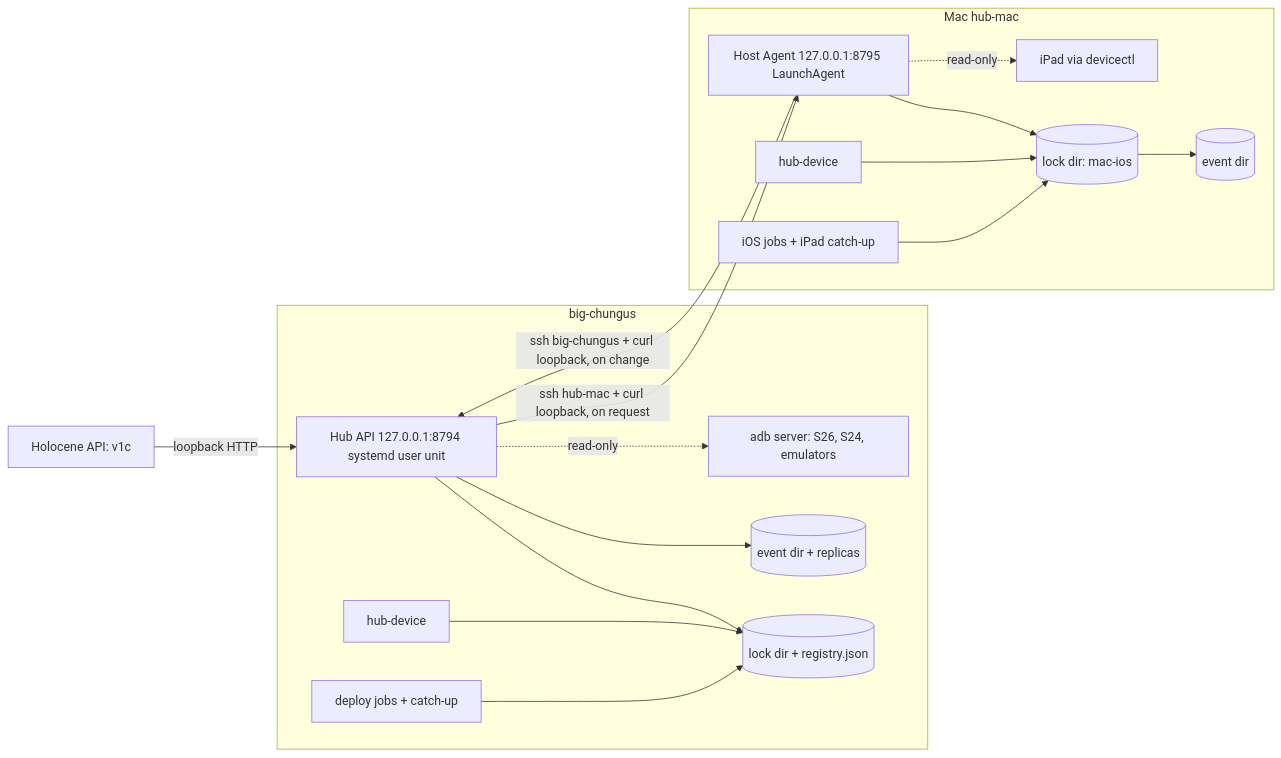
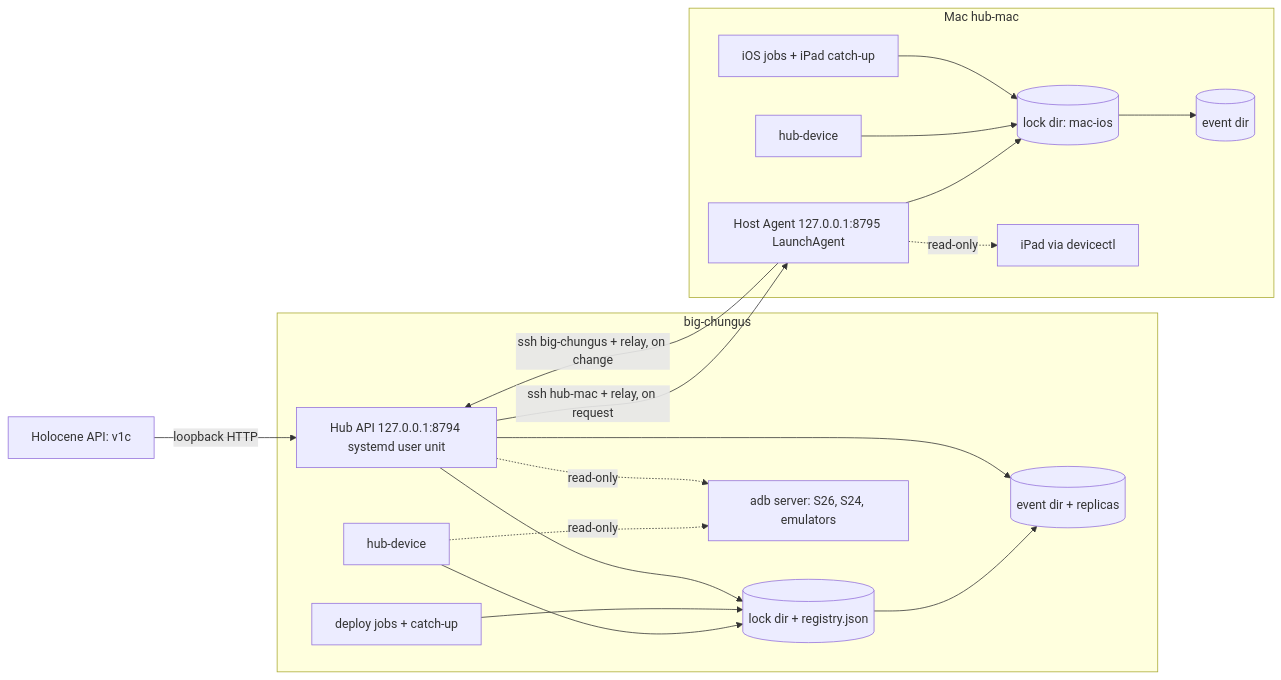
Before and after one commit to delorenj/mobile-deploy-hub: the second of 2 diagrams in _bmad-output/planning-artifacts/architecture/architecture-mobile-deploy-hub-v1b-2026-11-24/ARCHITECTURE-SPINE.md, drawn with Mermaid. The commit also changed other lines of this file and 3 other files, not shown here.

Commit message:
docs(arch): v1b architecture spine final (AD-23..AD-49, reviewer gate passed)

````diff
--- a/_bmad-output/planning-artifacts/architecture/architecture-mobile-deploy-hub-v1b-2026-11-24/ARCHITECTURE-SPINE.md
+++ b/_bmad-output/planning-artifacts/architecture/architecture-mobile-deploy-hub-v1b-2026-11-24/ARCHITECTURE-SPINE.md
@@ -343,32 +349,34 @@
 ```mermaid
 flowchart LR
   subgraph bc[big-chungus]
     API[Hub API 127.0.0.1:8794 systemd user unit]
     CLIb[hub-device]
     DJb[deploy jobs + catch-up]
     LDb[(lock dir + registry.json)]
     EVb[(event dir + replicas)]
     ADB[adb server: S26, S24, emulators]
   end
   subgraph mac[Mac hub-mac]
     AG[Host Agent 127.0.0.1:8795 LaunchAgent]
     CLIm[hub-device]
     DJm[iOS jobs + iPad catch-up]
     LDm[(lock dir: mac-ios)]
     EVm[(event dir)]
     IPAD[iPad via devicectl]
   end
   HOL[Holocene API: v1c] -->|loopback HTTP| API
   CLIb --> LDb
+  CLIb -. read-only .-> ADB
+  LDb --> EVb
   DJb --> LDb
   API --> LDb
   API --> EVb
   API -. read-only .-> ADB
-  API -->|ssh hub-mac + curl loopback, on request| AG
-  AG -->|ssh big-chungus + curl loopback, on change| API
+  API -->|ssh hub-mac + relay, on request| AG
+  AG -->|ssh big-chungus + relay, on change| API
   AG --> LDm
   CLIm --> LDm
   DJm --> LDm
   AG -. read-only .-> IPAD
   LDm --> EVm
 ```
````
